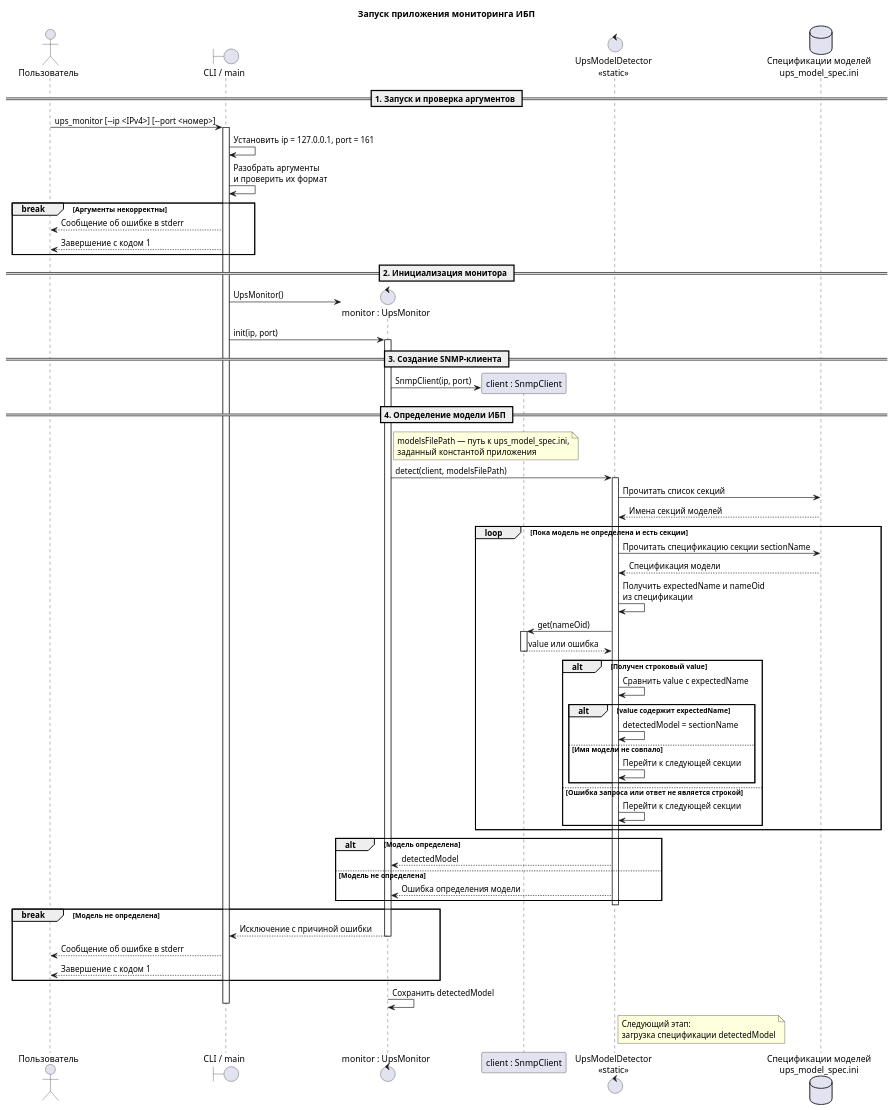
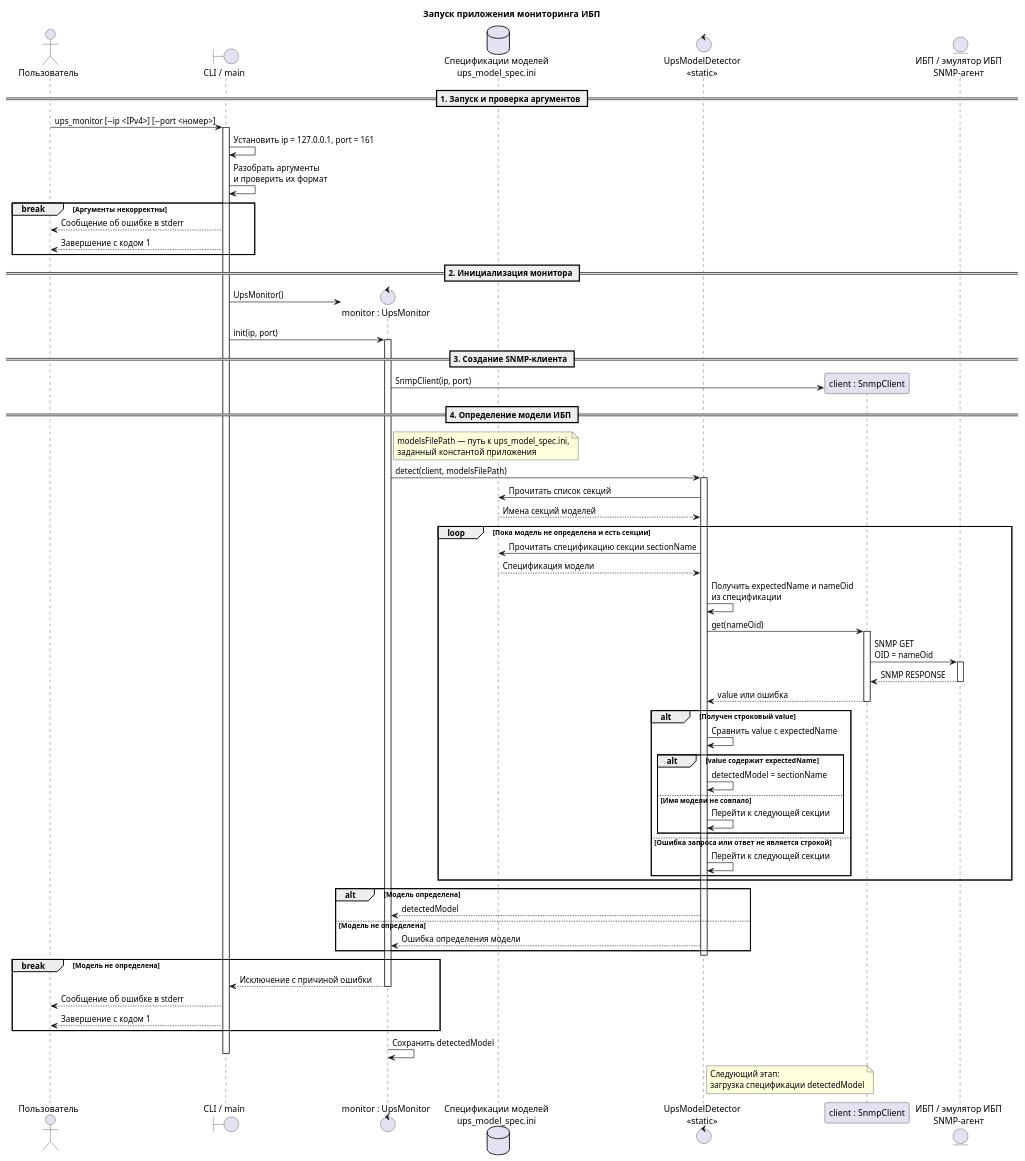
One commit to dvbgmdev-otus/ups_monitor changed the diagram in docs/technical_specification/sequence_diagram.puml. Above: the diagram before and after it, drawn with PlantUML.

Commit message:
docs(ups): добавлен SNMP-обмен с ИБП

```diff
--- a/docs/technical_specification/sequence_diagram.puml
+++ b/docs/technical_specification/sequence_diagram.puml
@@ -1,91 +1,96 @@
 @startuml ups_monitor_sequence
 title Запуск приложения мониторинга ИБП
 
 actor "Пользователь" as User
 boundary "CLI / main" as CLI
 
 == 1. Запуск и проверка аргументов ==
 
 User -> CLI: ups_monitor [~--ip <IPv4>] [~--port <номер>]
 activate CLI
 
 CLI -> CLI: Установить ip = 127.0.0.1, port = 161
 CLI -> CLI: Разобрать аргументы\nи проверить их формат
 
 break Аргументы некорректны
     CLI --> User: Сообщение об ошибке в stderr
     CLI --> User: Завершение с кодом 1
 end
 
 == 2. Инициализация монитора ==
 
 create control "monitor : UpsMonitor" as Monitor
 CLI -> Monitor: UpsMonitor()
 CLI -> Monitor: init(ip, port)
 activate Monitor
 
+database "Спецификации моделей\nups_model_spec.ini" as ModelsDb
+control "UpsModelDetector\n<<static>>" as Detector
+
 == 3. Создание SNMP-клиента ==
 
 create participant "client : SnmpClient" as Snmp
 Monitor -> Snmp: SnmpClient(ip, port)
+entity "ИБП / эмулятор ИБП\nSNMP-агент" as Ups
 
 == 4. Определение модели ИБП ==
-
-control "UpsModelDetector\n<<static>>" as Detector
-database "Спецификации моделей\nups_model_spec.ini" as ModelsDb
 
 note right of Monitor
     modelsFilePath — путь к ups_model_spec.ini,
     заданный константой приложения
 end note
 
 Monitor -> Detector: detect(client, modelsFilePath)
 activate Detector
 Detector -> ModelsDb: Прочитать список секций
 ModelsDb --> Detector: Имена секций моделей
 
 loop Пока модель не определена и есть секции
     Detector -> ModelsDb: Прочитать спецификацию секции sectionName
     ModelsDb --> Detector: Спецификация модели
     Detector -> Detector: Получить expectedName и nameOid\nиз спецификации
     Detector -> Snmp: get(nameOid)
     activate Snmp
+    Snmp -> Ups: SNMP GET\nOID = nameOid
+    activate Ups
+    Ups --> Snmp: SNMP RESPONSE
+    deactivate Ups
     Snmp --> Detector: value или ошибка
     deactivate Snmp
 
     alt Получен строковый value
         Detector -> Detector: Сравнить value с expectedName
 
         alt value содержит expectedName
             Detector -> Detector: detectedModel = sectionName
         else Имя модели не совпало
             Detector -> Detector: Перейти к следующей секции
         end
     else Ошибка запроса или ответ не является строкой
         Detector -> Detector: Перейти к следующей секции
     end
 end
 
 alt Модель определена
     Detector --> Monitor: detectedModel
 else Модель не определена
     Detector --> Monitor: Ошибка определения модели
 end
 deactivate Detector
 
 break Модель не определена
     Monitor --> CLI: Исключение с причиной ошибки
     deactivate Monitor
     CLI --> User: Сообщение об ошибке в stderr
     CLI --> User: Завершение с кодом 1
 end
 
 Monitor -> Monitor: Сохранить detectedModel
 
 note right of Detector
     Следующий этап:
     загрузка спецификации detectedModel
 end note
 
 deactivate CLI
 @enduml
```
